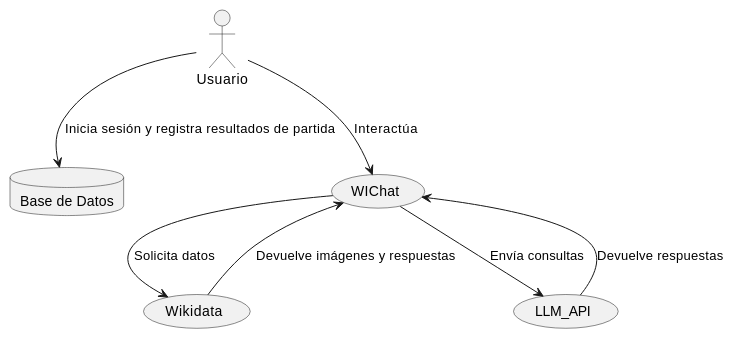
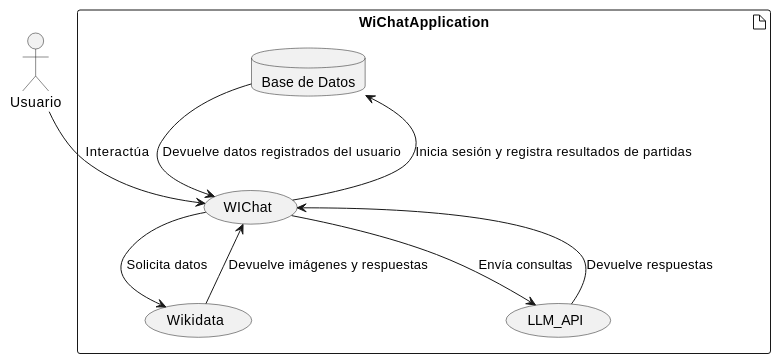
One commit to JavierSanabriaMiranda/wichat_es4a changed the diagram in docs/src/03_context_and_scope.adoc. Above: the diagram before and after it, drawn with PlantUML.

Commit message:
Corregido Diagrama de Contexto de Negocio

```diff
--- a/docs/src/03_context_and_scope.adoc
+++ b/docs/src/03_context_and_scope.adoc
@@ -35,11 +35,15 @@
 [plantuml,png]
 ----
   actor Usuario
-  database Pod as "Base de Datos"
-  Usuario --> (WIChat): Interactúa
-  WIChat --> (Wikidata): Solicita datos
-  Wikidata --> (WIChat): Devuelve imágenes y respuestas
-  WIChat --> (LLM_API): Envía consultas
-  LLM_API --> (WIChat): Devuelve respuestas
-  Usuario --> (Pod): Inicia sesión y registra resultados de partida
+  artifact WiChatApplication {
+    database Pod as "Base de Datos"
+    Usuario --> (WIChat): Interactúa
+    WIChat --> (Wikidata): Solicita datos
+    Wikidata --> (WIChat): Devuelve imágenes y respuestas
+    WIChat --> (LLM_API): Envía consultas
+    LLM_API --> (WIChat): Devuelve respuestas
+    WIChat --> (Pod): Inicia sesión y registra resultados de partidas
+    Pod --> WIChat: Devuelve datos registrados del usuario
+  }
+  
 ----
```
